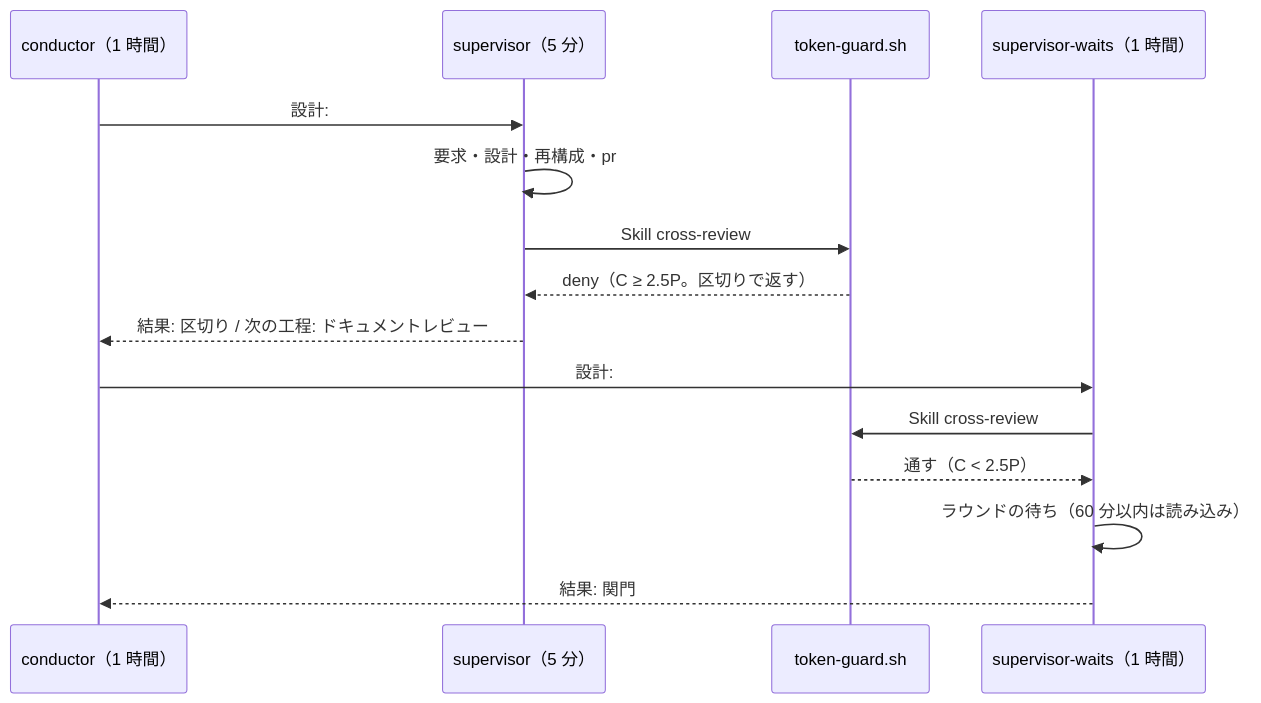
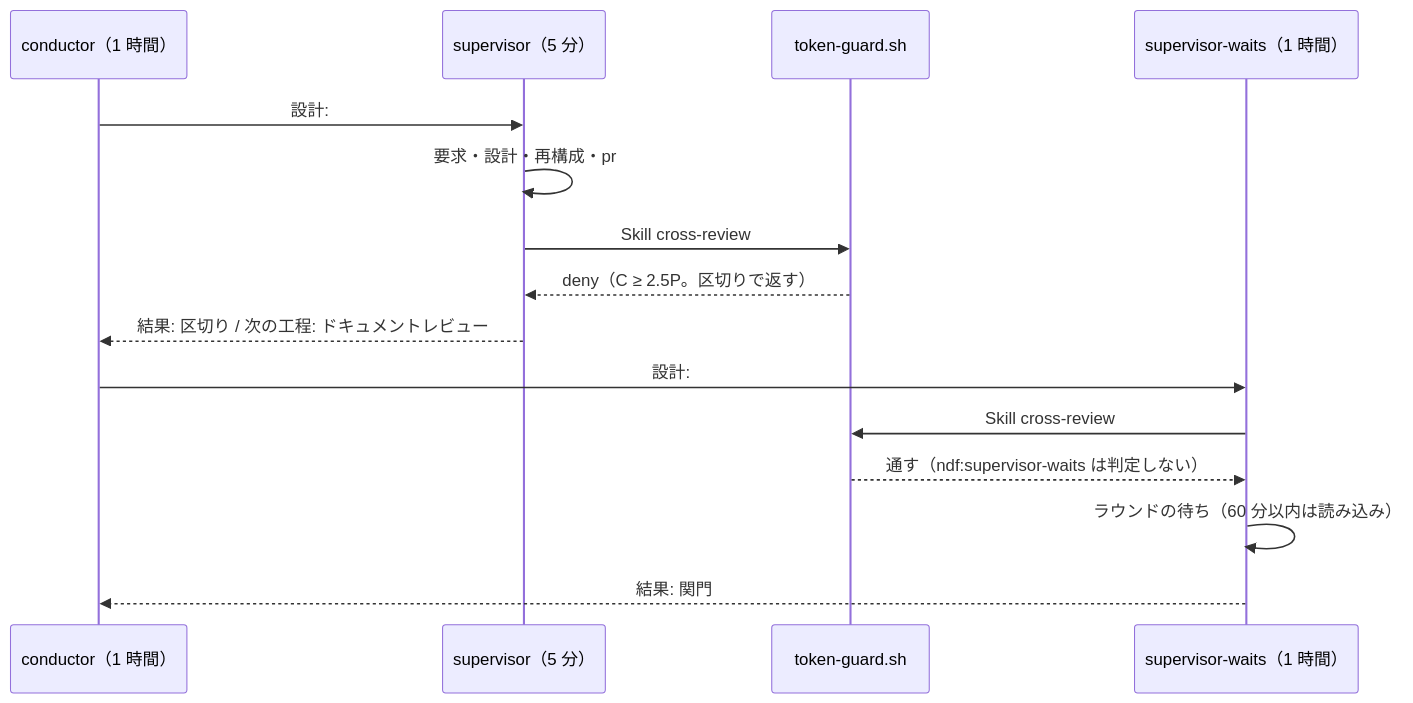
One commit to devbasex/ai-plugins changed the second of 3 diagrams in issues/issue-954-design.md. Above: the diagram before and after it, drawn with Mermaid. The commit also changed other lines of this file and 2 other files, not shown here.

````diff
--- a/issues/issue-954-design.md
+++ b/issues/issue-954-design.md
@@ -223,17 +236,17 @@
 ```mermaid
 sequenceDiagram
   participant C as conductor（1 時間）
   participant S1 as supervisor（5 分）
   participant H as token-guard.sh
   participant S2 as supervisor-waits（1 時間）
   C->>S1: 設計: #954（ndf:supervisor）
   S1->>S1: 要求・設計・再構成・pr
   S1->>H: Skill cross-review
   H-->>S1: deny（C ≥ 2.5P。区切りで返す）
   S1-->>C: 結果: 区切り / 次の工程: ドキュメントレビュー
   C->>S2: 設計: #954（ndf:supervisor-waits、前の報告）
   S2->>H: Skill cross-review
-  H-->>S2: 通す（C < 2.5P）
+  H-->>S2: 通す（ndf:supervisor-waits は判定しない）
   S2->>S2: ラウンドの待ち（60 分以内は読み込み）
   S2-->>C: 結果: 関門
 ```
````
